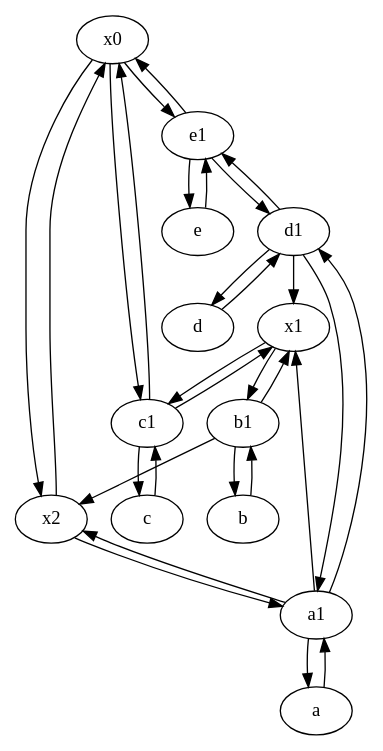
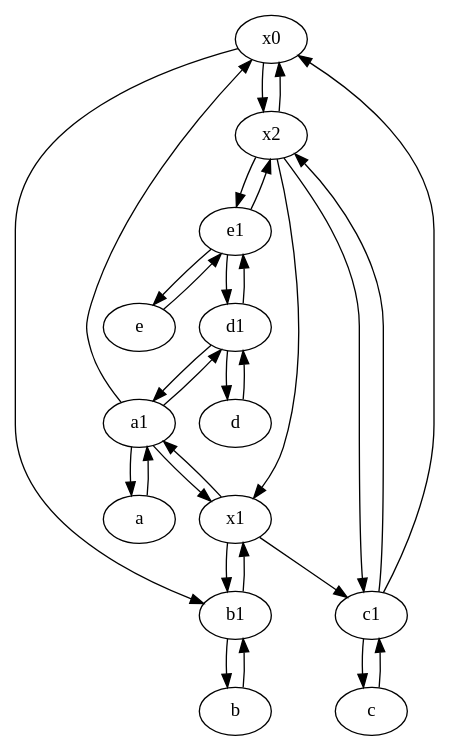
The diagram in results_best/surfnet11/topologyinf.dot (anisabnis/graph_inference), drawn with Graphviz before and after one commit. The commit also changed 3498 other files, not shown here.

```diff
--- a/results_best/surfnet11/topologyinf.dot
+++ b/results_best/surfnet11/topologyinf.dot
@@ -1,45 +1,45 @@
 digraph  {
 	x0;
-	d1 [pos="25,30!"];
+	e1 [pos="25,45!"];
 	x1;
-	e1 [pos="25,45!"];
-	a [pos="40,10!"];
 	a1 [pos="40,15!"];
 	x2;
+	a [pos="40,10!"];
 	c1 [pos="30,15!"];
+	b [pos="50,20!"];
 	d [pos="20,30!"];
-	b [pos="50,20!"];
 	e [pos="30,50!"];
 	b1 [pos="45,20!"];
 	c [pos="20,10!"];
+	d1 [pos="25,30!"];
+	x2 -> c1;
+	a1 -> x1;
+	d1 -> d;
+	c -> c1;
+	x0 -> x2;
+	c1 -> c;
+	a1 -> d1;
+	c1 -> x0;
+	e1 -> x2;
+	a -> a1;
+	x1 -> c1;
+	d1 -> e1;
+	e -> e1;
+	b1 -> b;
+	x2 -> x1;
+	c1 -> x2;
+	x1 -> b1;
+	x2 -> e1;
 	x2 -> x0;
-	d1 -> x1;
+	x1 -> a1;
+	d -> d1;
+	e1 -> e;
 	b -> b1;
-	x1 -> b1;
-	b1 -> x2;
+	a1 -> a;
+	e1 -> d1;
+	a1 -> x0;
+	x0 -> b1;
 	b1 -> x1;
-	a1 -> d1;
-	d -> d1;
-	x0 -> x2;
-	b1 -> b;
-	x1 -> c1;
-	a1 -> x1;
 	d1 -> a1;
-	e -> e1;
-	x0 -> c1;
-	d1 -> d;
-	e1 -> x0;
-	a -> a1;
-	c1 -> c;
-	x2 -> a1;
-	d1 -> e1;
-	a1 -> x2;
-	e1 -> e;
-	e1 -> d1;
-	a1 -> a;
-	c -> c1;
-	c1 -> x1;
-	c1 -> x0;
-	x0 -> e1;
 
 	}
```
